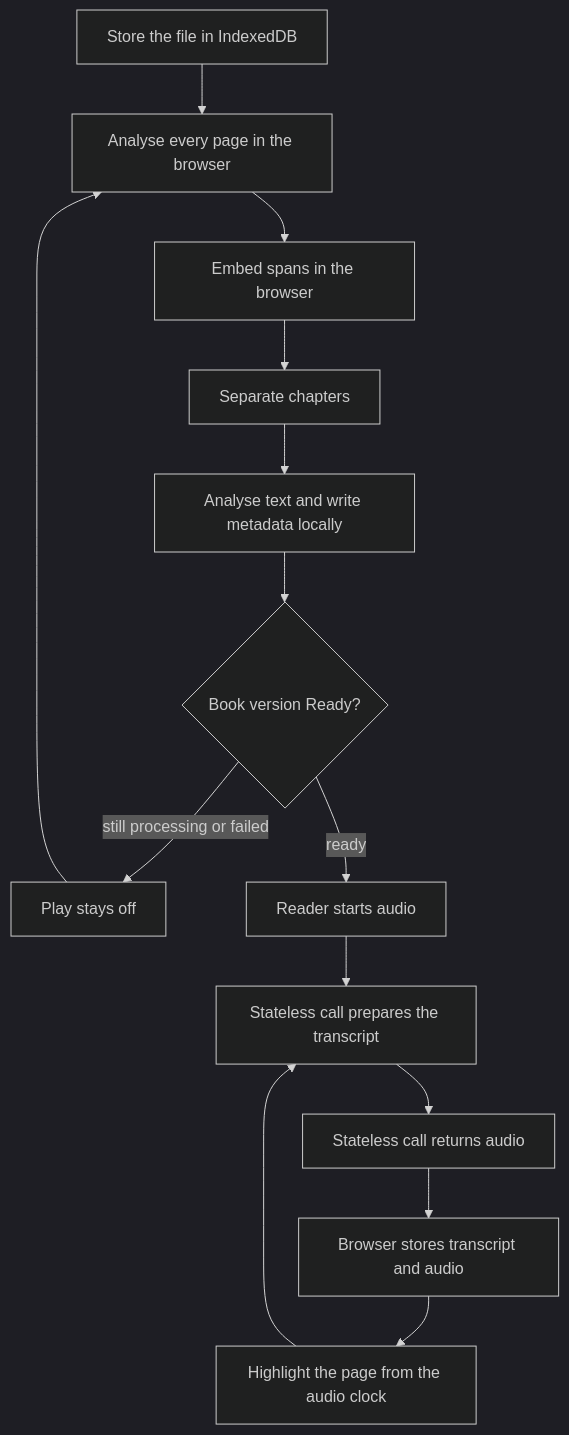
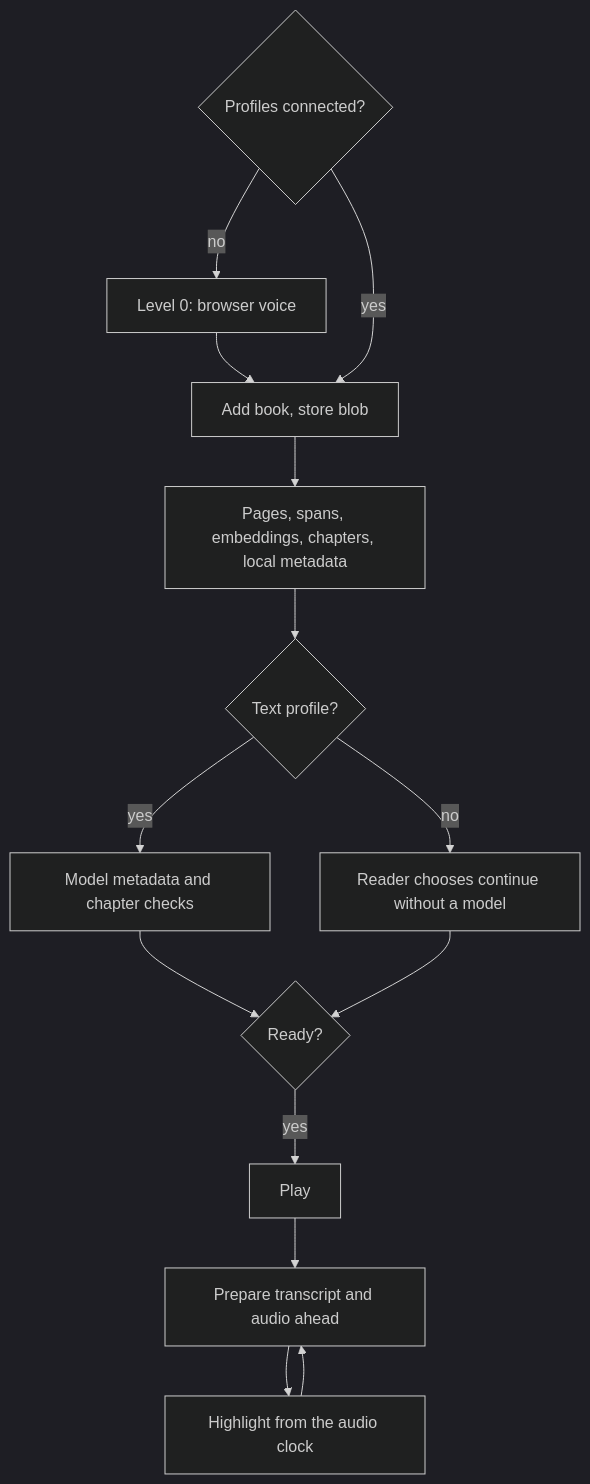
Before and after one commit to manishsharma004/open-book-reader: the first of 6 diagrams in specs/discussion/DESIGN.md, drawn with Mermaid (dark theme). The commit also changed other lines of this file and 6 other files, not shown here.

````diff
--- a/specs/discussion/DESIGN.md
+++ b/specs/discussion/DESIGN.md
@@ -67,21 +88,21 @@
 ```mermaid
 flowchart TD
-  upload[Store the file in IndexedDB]
-  pages[Analyse every page in the browser]
-  embed[Embed spans in the browser]
-  chapters[Separate chapters]
-  text[Analyse text and write metadata locally]
-  gate{Book version Ready?}
-  blocked[Play stays off]
-  play[Reader starts audio]
-  prep[Stateless call prepares the transcript]
-  voice[Stateless call returns audio]
-  save[Browser stores transcript and audio]
-  mark[Highlight the page from the audio clock]
+  setup{Profiles connected?}
+  level0[Level 0: browser voice]
+  add[Add book, store blob]
+  local[Pages, spans, embeddings, chapters, local metadata]
+  model{Text profile?}
+  enrich[Model metadata and chapter checks]
+  skip[Reader chooses continue without a model]
+  gate{Ready?}
+  play[Play]
+  prep[Prepare transcript and audio ahead]
+  mark[Highlight from the audio clock]
 
-  upload --> pages --> embed --> chapters --> text --> gate
-  gate -->|still processing or failed| blocked
-  blocked --> pages
-  gate -->|ready| play --> prep --> voice --> save --> mark
-  mark --> prep
+  setup -->|no| level0 --> add
+  setup -->|yes| add
+  add --> local --> model
+  model -->|yes| enrich --> gate
+  model -->|no| skip --> gate
+  gate -->|yes| play --> prep --> mark --> prep
 ```
````
